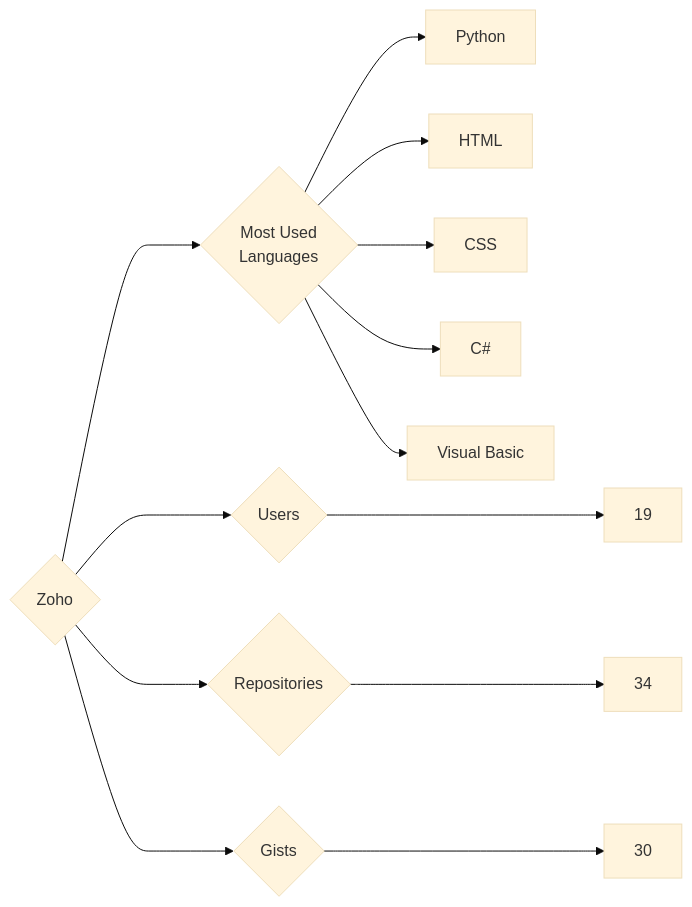
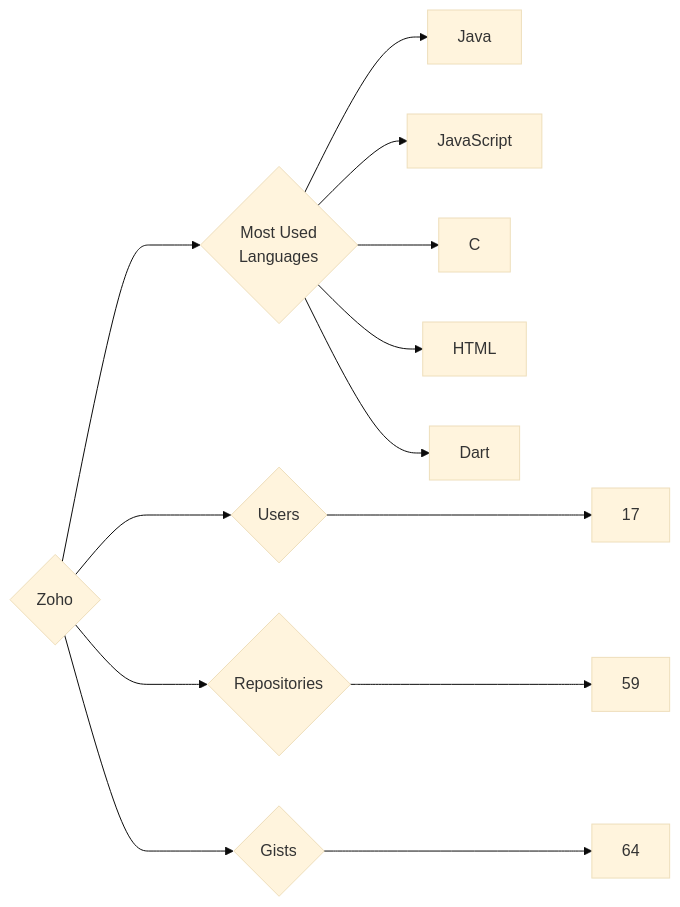
Before and after one commit to trickest/insiders: the diagram in targets/Zoho/README.md, drawn with Mermaid (base theme). The commit also changed 940 other files, not shown here.

````diff
--- a/targets/Zoho/README.md
+++ b/targets/Zoho/README.md
@@ -3,13 +3,13 @@
 ```mermaid
 graph LR
 COMPANY_NAME{Zoho}
-COMPANY_NAME ---> U{Users} ---> UN[19]
-COMPANY_NAME ---> R{Repositories} ---> RN[34]
-COMPANY_NAME ---> G{Gists} ---> GN[30]
+COMPANY_NAME ---> U{Users} ---> UN[17]
+COMPANY_NAME ---> R{Repositories} ---> RN[59]
+COMPANY_NAME ---> G{Gists} ---> GN[64]
 COMPANY_NAME ---> ML{Most Used<br>Languages}
-ML --> Python[Python]
+ML --> Java[Java]
+ML --> JavaScript[JavaScript]
+ML --> C[C]
 ML --> HTML[HTML]
-ML --> CSS[CSS]
-ML --> C#[C#]
-ML --> Visual_Basic[Visual Basic]
+ML --> Dart[Dart]
 ```
````
